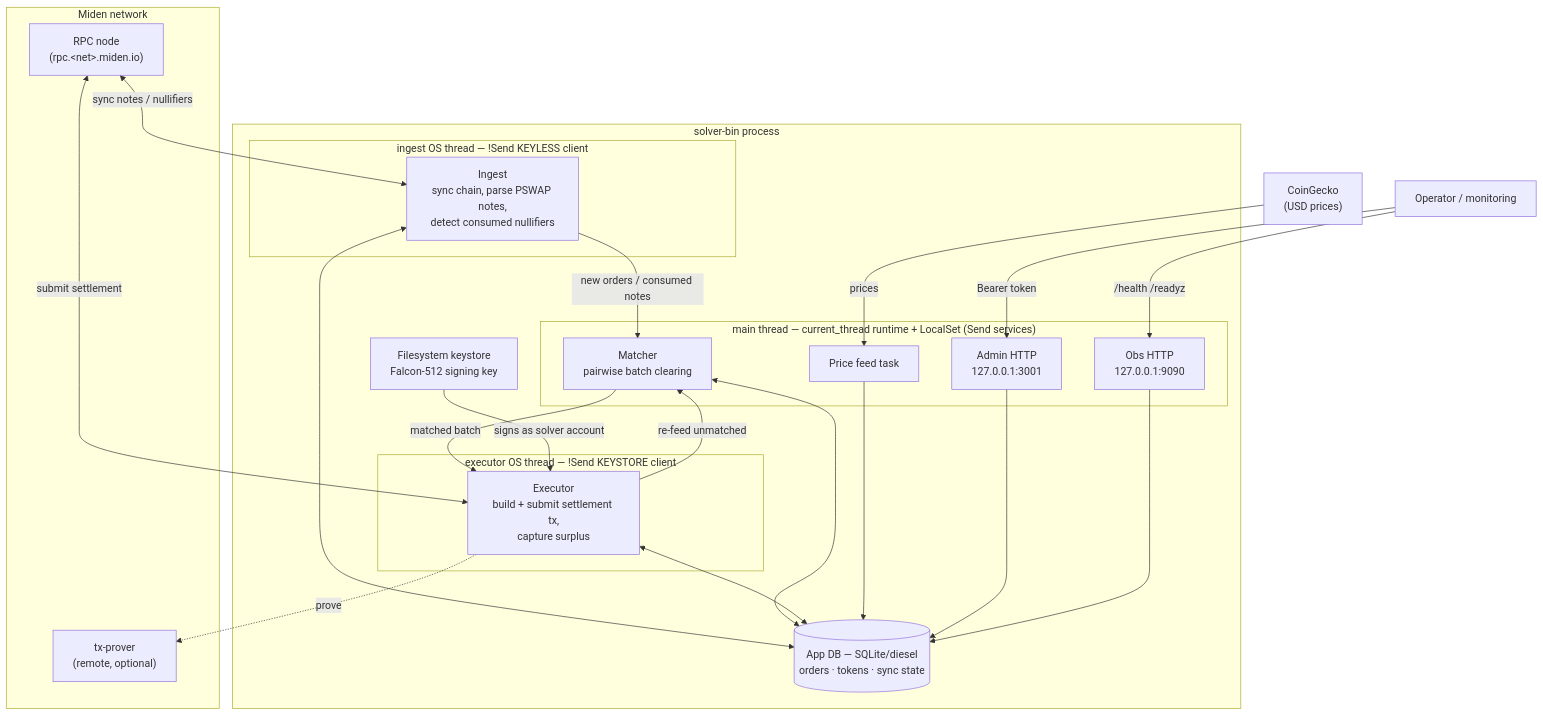
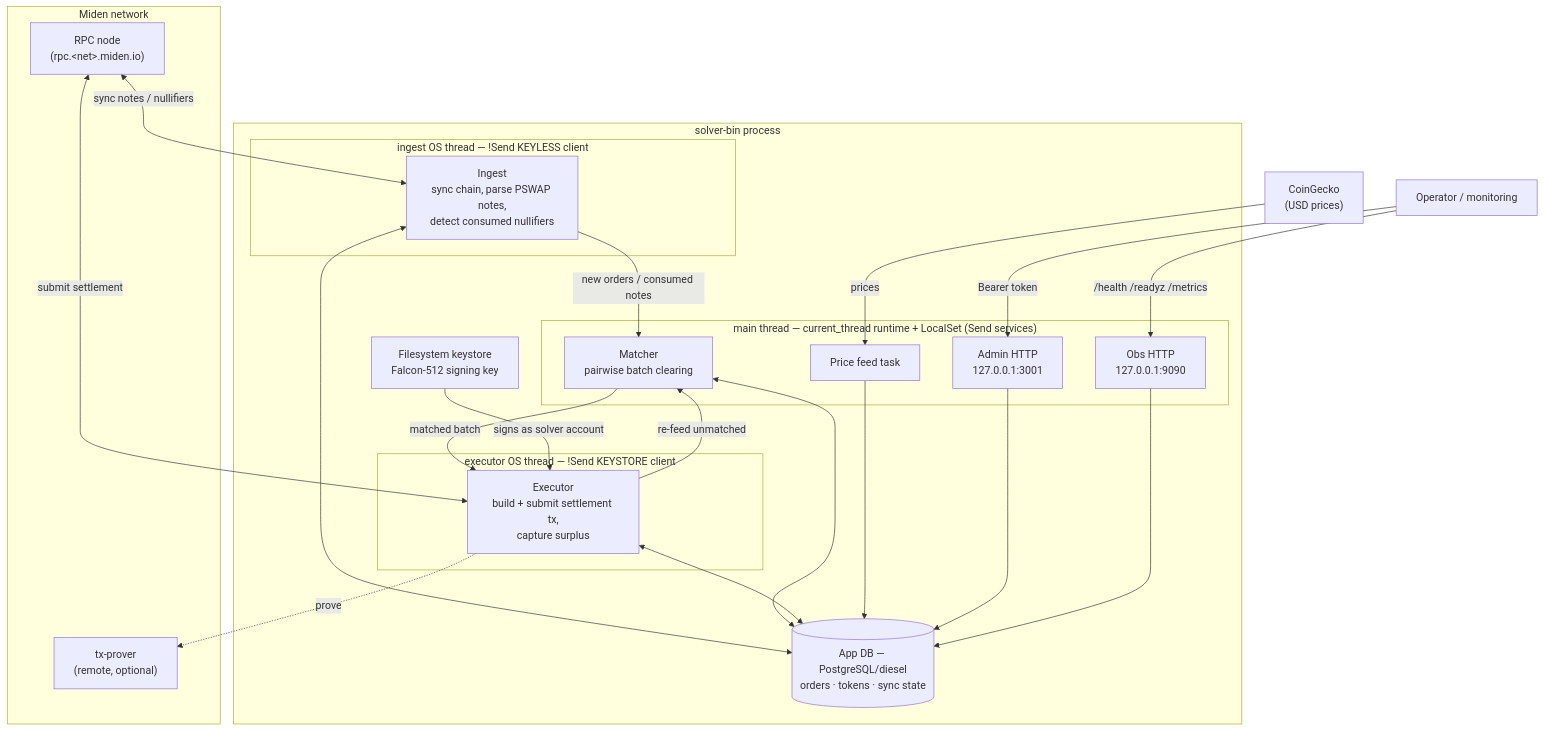
One commit to inicio-labs/solver changed the diagram in README.md. Above: the diagram before and after it, drawn with Mermaid. The commit also changed other lines of this file and 57 other files, not shown here.

Commit message:
feat(solver): migrate application database to PostgreSQL

````diff
--- a/README.md
+++ b/README.md
@@ -18,45 +18,45 @@
 ```mermaid
 flowchart TB
     subgraph chain["Miden network"]
         NODE["RPC node<br/>(rpc.&lt;net&gt;.miden.io)"]
         PROVER["tx-prover<br/>(remote, optional)"]
     end
     CG["CoinGecko<br/>(USD prices)"]
     OPS["Operator / monitoring"]
 
     subgraph proc["solver-bin process"]
         subgraph main["main thread — current_thread runtime + LocalSet (Send services)"]
             MATCH["Matcher<br/>pairwise batch clearing"]
             PRICE["Price feed task"]
             ADMIN["Admin HTTP<br/>127.0.0.1:3001"]
             OBS["Obs HTTP<br/>127.0.0.1:9090"]
         end
         subgraph ingestthr["ingest OS thread — !Send KEYLESS client"]
             INGEST["Ingest<br/>sync chain, parse PSWAP notes,<br/>detect consumed nullifiers"]
         end
         subgraph exethr["executor OS thread — !Send KEYSTORE client"]
             EXEC["Executor<br/>build + submit settlement tx,<br/>capture surplus"]
         end
-        DB[("App DB — SQLite/diesel<br/>orders · tokens · sync state")]
+        DB[("App DB — PostgreSQL/diesel<br/>orders · tokens · sync state")]
         KS["Filesystem keystore<br/>Falcon-512 signing key"]
     end
 
     NODE <-->|sync notes / nullifiers| INGEST
     NODE <-->|submit settlement| EXEC
     EXEC -.->|prove| PROVER
     CG -->|prices| PRICE
     OPS -->|Bearer token| ADMIN
-    OPS -->|/health /readyz| OBS
+    OPS -->|/health /readyz /metrics| OBS
 
     INGEST -->|new orders / consumed notes| MATCH
     MATCH -->|matched batch| EXEC
     EXEC -->|re-feed unmatched| MATCH
     KS -->|signs as solver account| EXEC
 
     INGEST <--> DB
     MATCH <--> DB
     EXEC <--> DB
     PRICE --> DB
     ADMIN --> DB
     OBS --> DB
 ```
````
